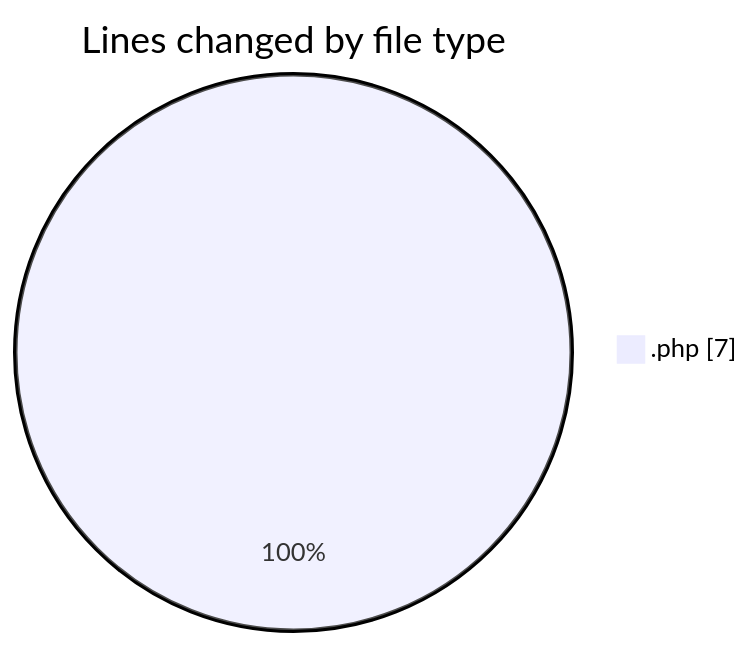
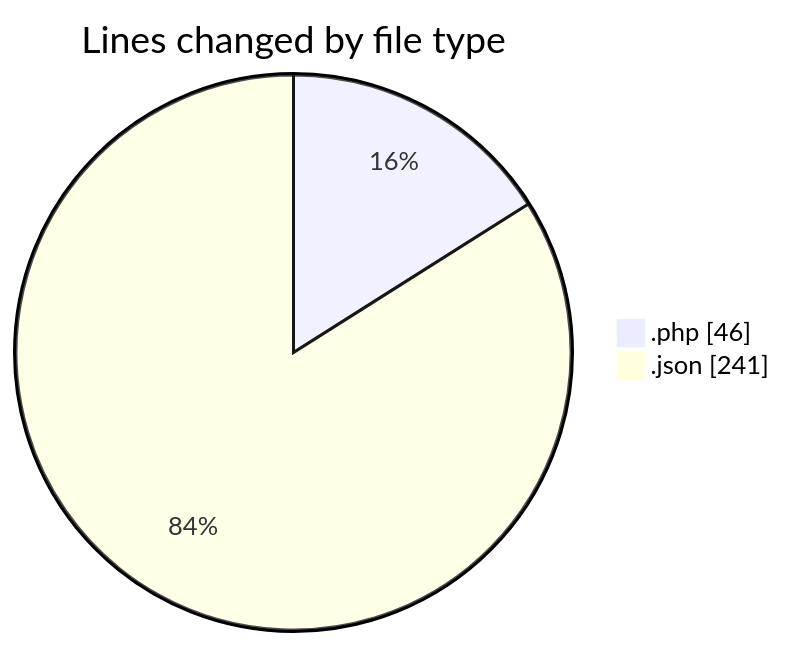
The first of 2 diagrams in 2025-03-30/autodidak/README.md (idhammustaqopulfikri/code-tracking), drawn with Mermaid before and after one commit. The commit also changed other lines of this file and 1 other file, not shown here.

````diff
--- a/2025-03-30/autodidak/README.md
+++ b/2025-03-30/autodidak/README.md
@@ -21,5 +23,6 @@
 ```mermaid
 pie showData
 title Lines changed by file type
-".php" : 7
+".php" : 46
+".json" : 241
 ```
````
